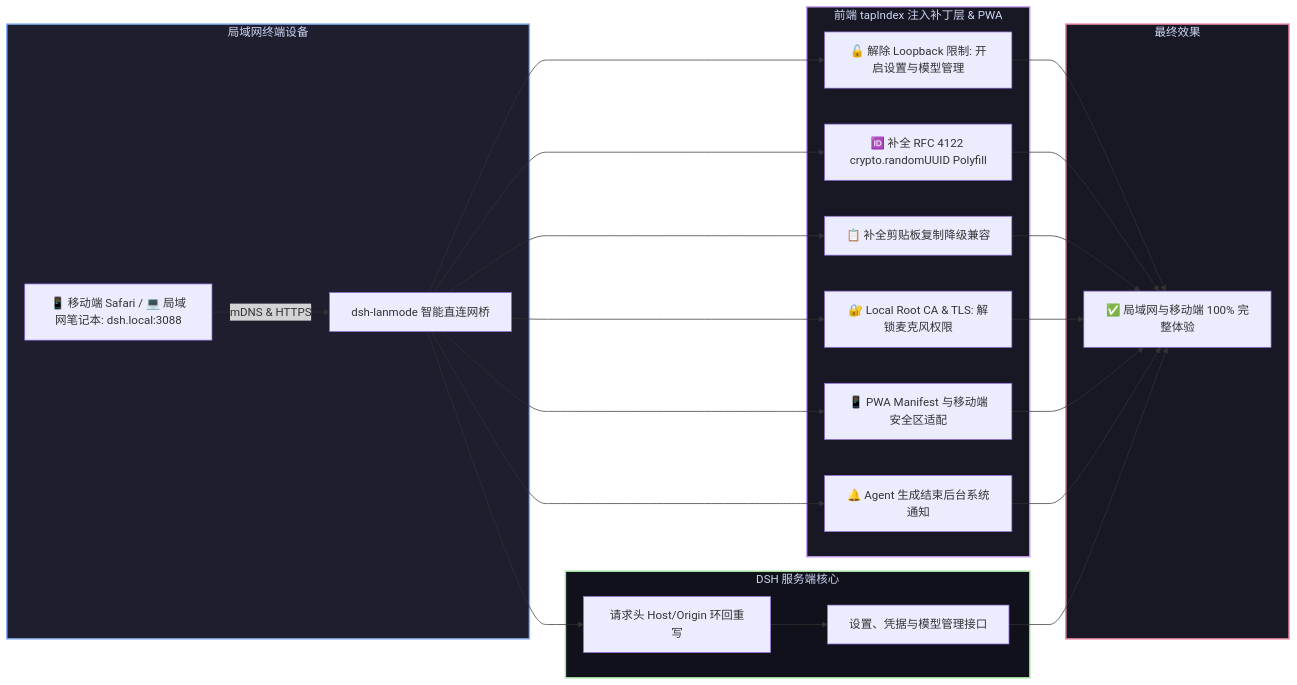
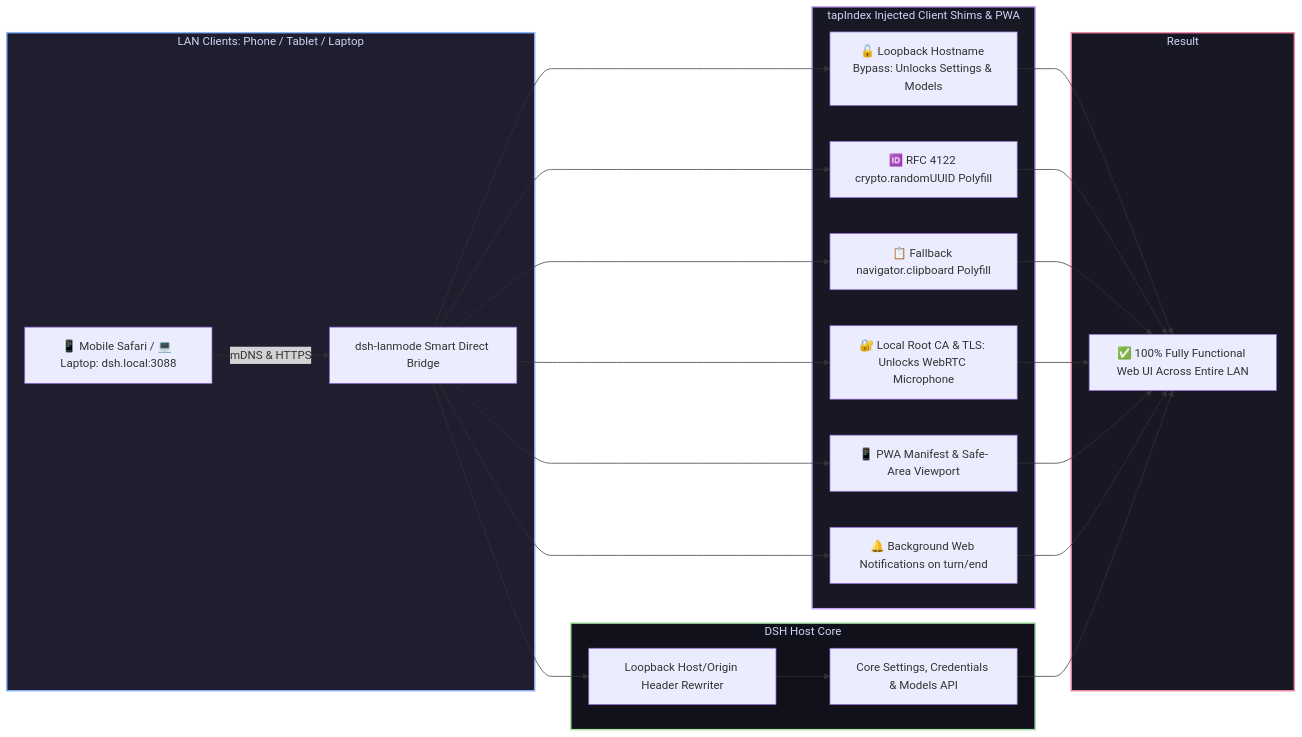
One commit to GooDAnDReaDY/dsh-lanmode changed the diagram in README.zh.md. Above: the diagram before and after it, drawn with Mermaid. The commit also changed other lines of this file and 50 other files, not shown here.

````diff
--- a/README.zh.md
+++ b/README.zh.md
@@ -54,35 +52,35 @@
 ```mermaid
 graph LR
-    subgraph RemoteDevices [局域网终端设备]
-        Client[📱 移动端 Safari / 💻 局域网笔记本: dsh.local:3088] -->|mDNS & HTTPS| Bridge[dsh-lanmode 智能直连网桥]
+    subgraph RemoteDevices [LAN Clients: Phone / Tablet / Laptop]
+        Client[📱 Mobile Safari / 💻 Laptop: dsh.local:3088] -->|mDNS & HTTPS| Bridge[dsh-lanmode Smart Direct Bridge]
     end
 
-    subgraph ShimsLayer [前端 tapIndex 注入补丁层 & PWA]
-        Bridge --> Shim1[🔓 解除 Loopback 限制: 开启设置与模型管理]
-        Bridge --> Shim2[🆔 补全 RFC 4122 crypto.randomUUID Polyfill]
-        Bridge --> Shim3[📋 补全剪贴板复制降级兼容]
-        Bridge --> Shim4[🔐 Local Root CA & TLS: 解锁麦克风权限]
-        Bridge --> Shim5[📱 PWA Manifest 与移动端安全区适配]
-        Bridge --> Shim6[🔔 Agent 生成结束后台系统通知]
+    subgraph ShimsLayer [tapIndex Injected Client Shims & PWA]
+        Bridge --> Shim1[🔓 Loopback Hostname Bypass: Unlocks Settings & Models]
+        Bridge --> Shim2[🆔 RFC 4122 crypto.randomUUID Polyfill]
+        Bridge --> Shim3[📋 Fallback navigator.clipboard Polyfill]
+        Bridge --> Shim4[🔐 Local Root CA & TLS: Unlocks WebRTC Microphone]
+        Bridge --> Shim5[📱 PWA Manifest & Safe-Area Viewport]
+        Bridge --> Shim6[🔔 Background Web Notifications on turn/end]
     end
 
-    subgraph HostBackend [DSH 服务端核心]
-        Bridge --> HeaderRewrite[请求头 Host/Origin 环回重写]
-        HeaderRewrite --> PrivilegedAPI[设置、凭据与模型管理接口]
+    subgraph HostBackend [DSH Host Core]
+        Bridge --> HeaderRewrite[Loopback Host/Origin Header Rewriter]
+        HeaderRewrite --> PrivilegedAPI[Core Settings, Credentials & Models API]
     end
 
-    subgraph Output [最终效果]
-        Shim1 --> FullWeb[✅ 局域网与移动端 100% 完整体验]
+    subgraph Output [Result]
+        Shim1 --> FullWeb[✅ 100% Fully Functional Web UI Across Entire LAN]
         Shim2 --> FullWeb
         Shim3 --> FullWeb
         Shim4 --> FullWeb
         Shim5 --> FullWeb
         Shim6 --> FullWeb
         PrivilegedAPI --> FullWeb
     end
 
     style RemoteDevices fill:#1e1e2e,stroke:#89b4fa,stroke-width:2px,color:#cdd6f4
     style ShimsLayer fill:#181825,stroke:#cba6f7,stroke-width:2px,color:#cdd6f4
     style HostBackend fill:#11111b,stroke:#a6e3a1,stroke-width:2px,color:#cdd6f4
     style Output fill:#181825,stroke:#f38ba8,stroke-width:2px,color:#cdd6f4
 ```
````
